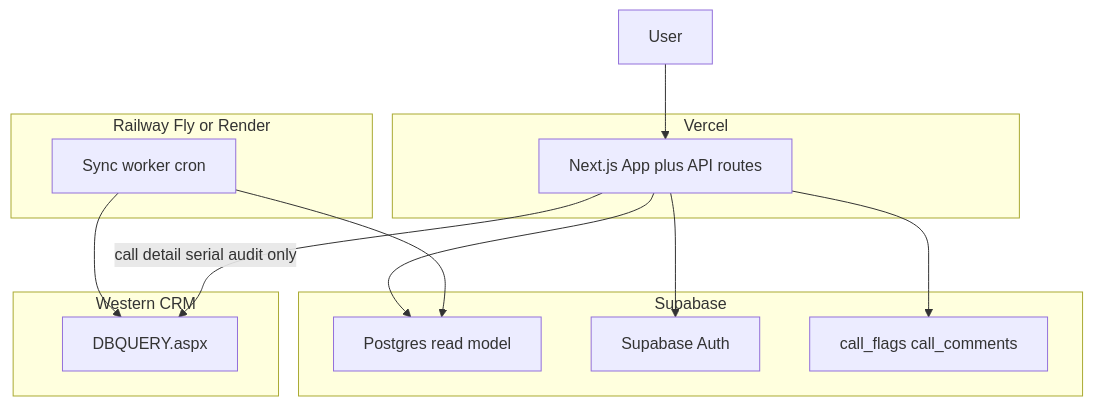
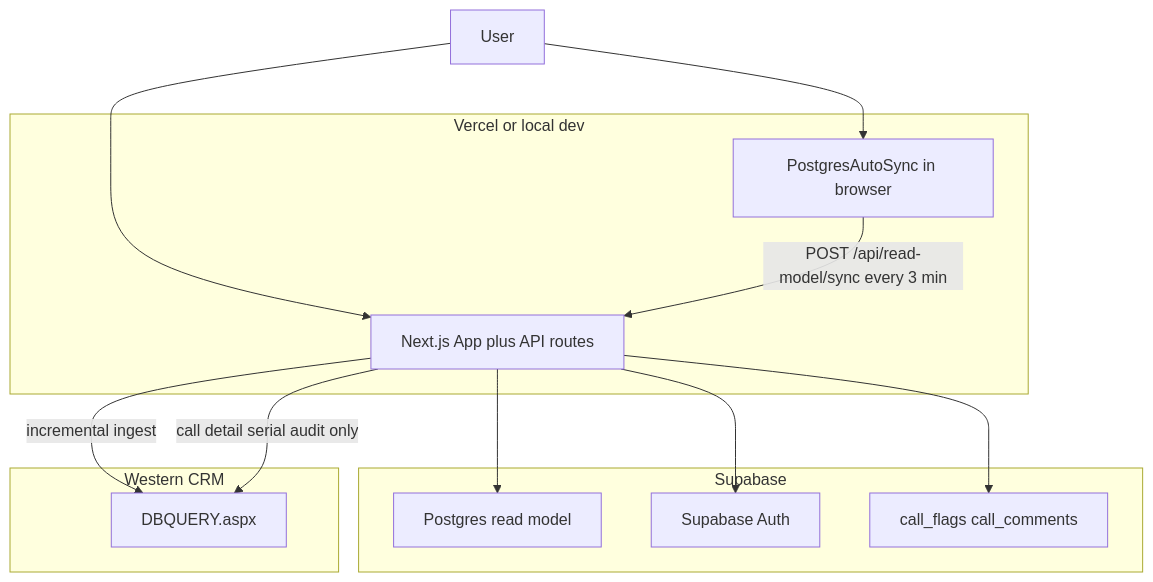
The diagram in docs/read-model-infra-gate.md (Vishun-Projects/wrl-dashboard), drawn with Mermaid before and after one commit. The commit also changed other lines of this file and 66 other files, not shown here.

````diff
--- a/docs/read-model-infra-gate.md
+++ b/docs/read-model-infra-gate.md
@@ -55,24 +55,23 @@
 ```mermaid
 flowchart TB
-  subgraph vercel [Vercel]
+  subgraph vercel [Vercel or local dev]
     NextApp["Next.js App plus API routes"]
-  end
-  subgraph workerHost [Railway Fly or Render]
-    SyncWorker["Sync worker cron"]
+    AutoSync["PostgresAutoSync in browser"]
   end
   subgraph supabase [Supabase]
     PG["Postgres read model"]
     Auth["Supabase Auth"]
     Flags["call_flags call_comments"]
   end
   subgraph crm [Western CRM]
     DBQuery["DBQUERY.aspx"]
   end
   User --> NextApp
+  User --> AutoSync
+  AutoSync -->|"POST /api/read-model/sync every 3 min"| NextApp
   NextApp --> PG
   NextApp --> Auth
   NextApp --> Flags
-  SyncWorker --> DBQuery
-  SyncWorker --> PG
+  NextApp -->|"incremental ingest"| DBQuery
   NextApp -->|"call detail serial audit only"| DBQuery
 ```
````
